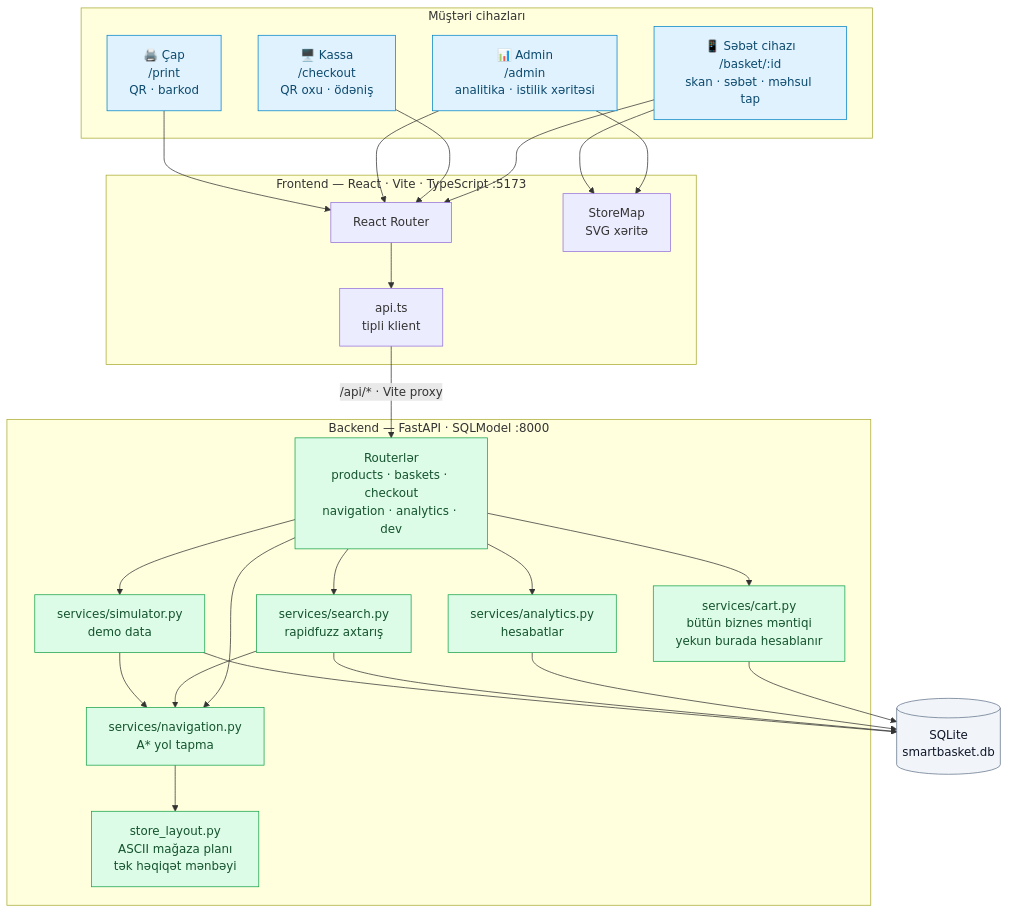
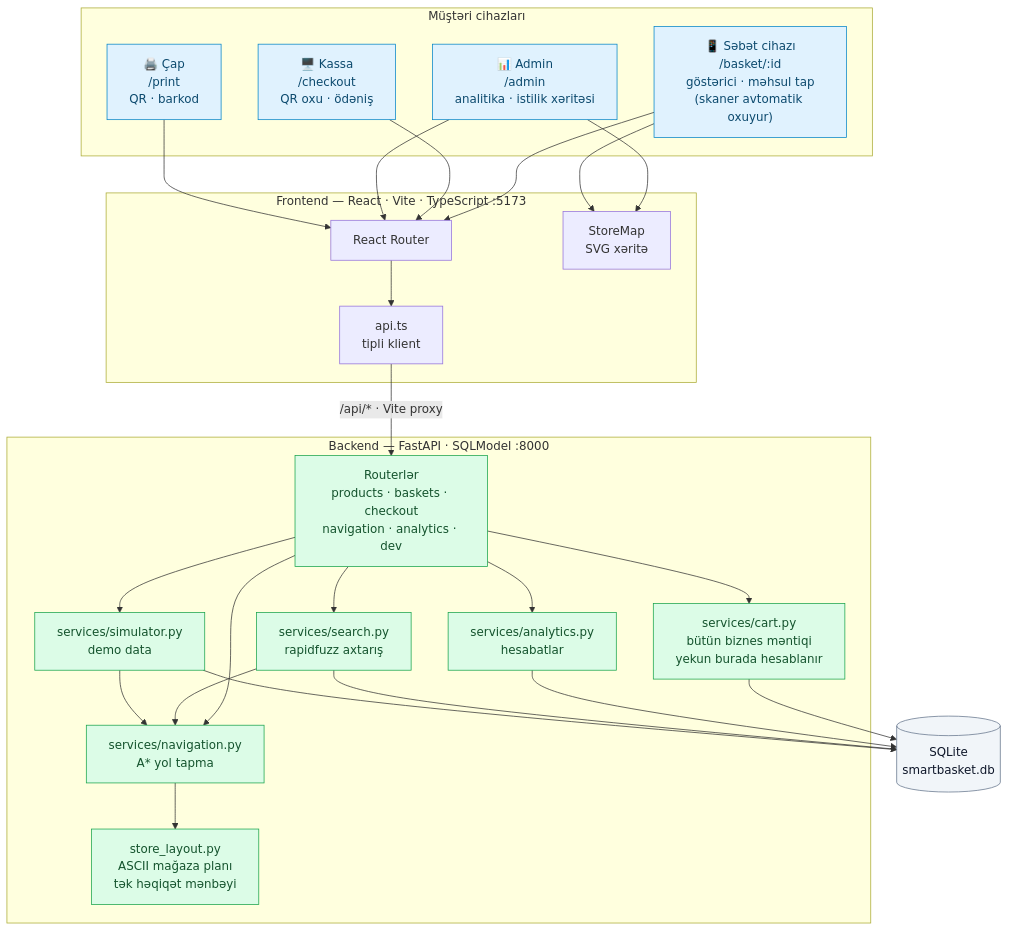
One commit to locked-in-hackatho/smart-basket-system changed the first of 3 diagrams in docs/ARCHITECTURE.md. Above: the diagram before and after it, drawn with Mermaid. The commit also changed other lines of this file and 12 other files, not shown here.

````diff
--- a/docs/ARCHITECTURE.md
+++ b/docs/ARCHITECTURE.md
@@ -14,56 +14,56 @@
 ```mermaid
 graph TB
     subgraph clients["Müştəri cihazları"]
-        basket["📱 Səbət cihazı<br/>/basket/:id<br/>skan · səbət · məhsul tap"]
+        basket["📱 Səbət cihazı<br/>/basket/:id<br/>göstərici · məhsul tap<br/>(skaner avtomatik oxuyur)"]
         till["🖥️ Kassa<br/>/checkout<br/>QR oxu · ödəniş"]
         admin["📊 Admin<br/>/admin<br/>analitika · istilik xəritəsi"]
         print["🖨️ Çap<br/>/print<br/>QR · barkod"]
     end
 
     subgraph front["Frontend — React · Vite · TypeScript :5173"]
         router["React Router"]
         apiclient["api.ts<br/>tipli klient"]
         map["StoreMap<br/>SVG xəritə"]
     end
 
     subgraph back["Backend — FastAPI · SQLModel :8000"]
         routers["Routerlər<br/>products · baskets · checkout<br/>navigation · analytics · dev"]
         cart["services/cart.py<br/>bütün biznes məntiqi<br/>yekun burada hesablanır"]
         nav["services/navigation.py<br/>A* yol tapma"]
         search["services/search.py<br/>rapidfuzz axtarış"]
         stats["services/analytics.py<br/>hesabatlar"]
         sim["services/simulator.py<br/>demo data"]
         layout["store_layout.py<br/>ASCII mağaza planı<br/>tək həqiqət mənbəyi"]
     end
 
     db[("SQLite<br/>smartbasket.db")]
 
     basket --> router
     till --> router
     admin --> router
     print --> router
     router --> apiclient
     admin --> map
     basket --> map
 
     apiclient -->|"/api/* · Vite proxy"| routers
     routers --> cart
     routers --> nav
     routers --> search
     routers --> stats
     routers --> sim
     nav --> layout
     search --> nav
     sim --> nav
     cart --> db
     stats --> db
     search --> db
     sim --> db
 
     classDef srv fill:#dcfce7,stroke:#16a34a,color:#14532d
     classDef cli fill:#e0f2fe,stroke:#0284c7,color:#0c4a6e
     classDef store fill:#f1f5f9,stroke:#64748b,color:#0f172a
     class cart,nav,search,stats,sim,layout,routers srv
     class basket,till,admin,print cli
     class db store
 ```
````
